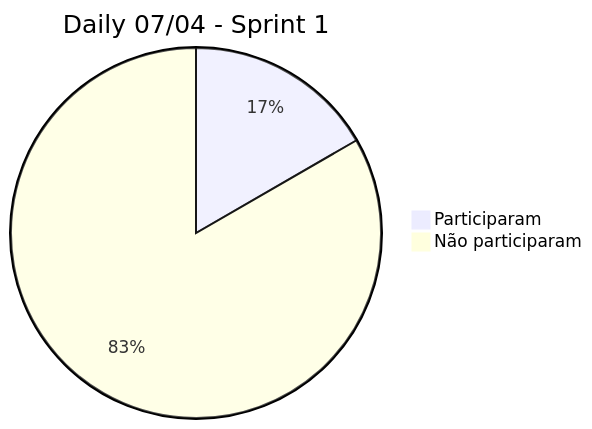
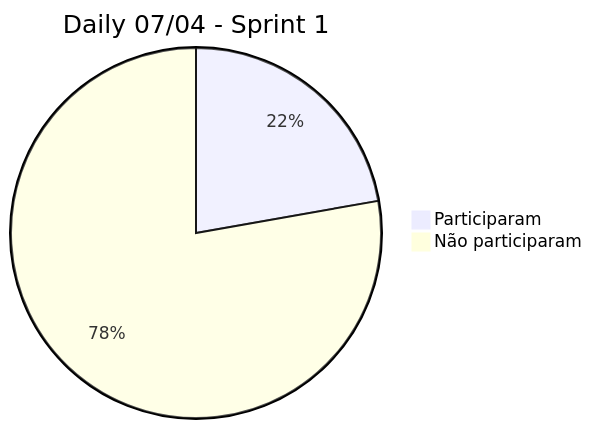
The sixth of 6 diagrams in README.md (VeiculosMontadora/Management), drawn with Mermaid before and after one commit.

````diff
--- a/README.md
+++ b/README.md
@@ -45,5 +45,5 @@
 ```mermaid
 pie title Daily 07/04 - Sprint 1
-    "Participaram" : 3
-    "Não participaram" : 15
+    "Participaram" : 4
+    "Não participaram" : 14
 ```
````
